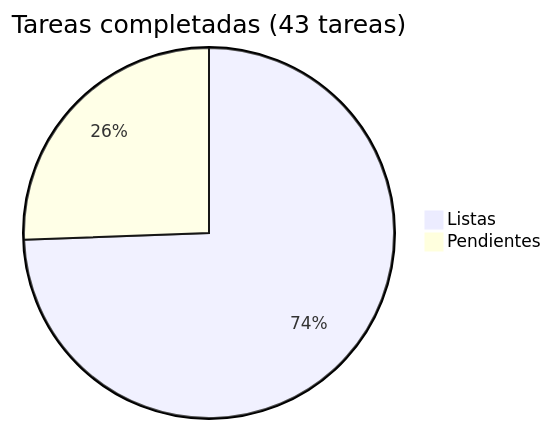
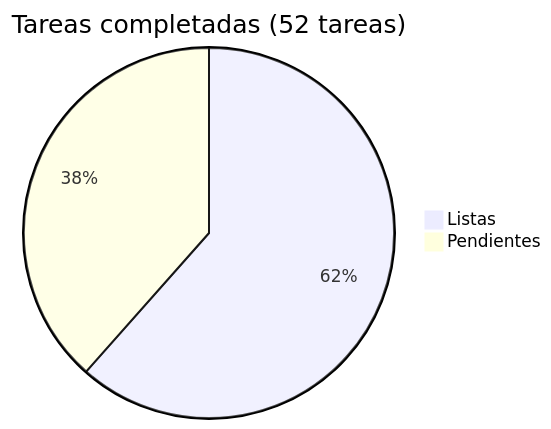
One commit to adelgadox/centroacopiove changed the diagram in docs/roadmap/README.md. Above: the diagram before and after it, drawn with Mermaid. The commit also changed other lines of this file and 2 other files, not shown here.

Commit message:
docs: add Country/State for centers and OTP 2FA to roadmap

````diff
--- a/docs/roadmap/README.md
+++ b/docs/roadmap/README.md
@@ -5,5 +5,5 @@
 ```mermaid
-pie title Tareas completadas (43 tareas)
+pie title Tareas completadas (52 tareas)
     "Listas" : 32
-    "Pendientes" : 11
+    "Pendientes" : 20
 ```
````
